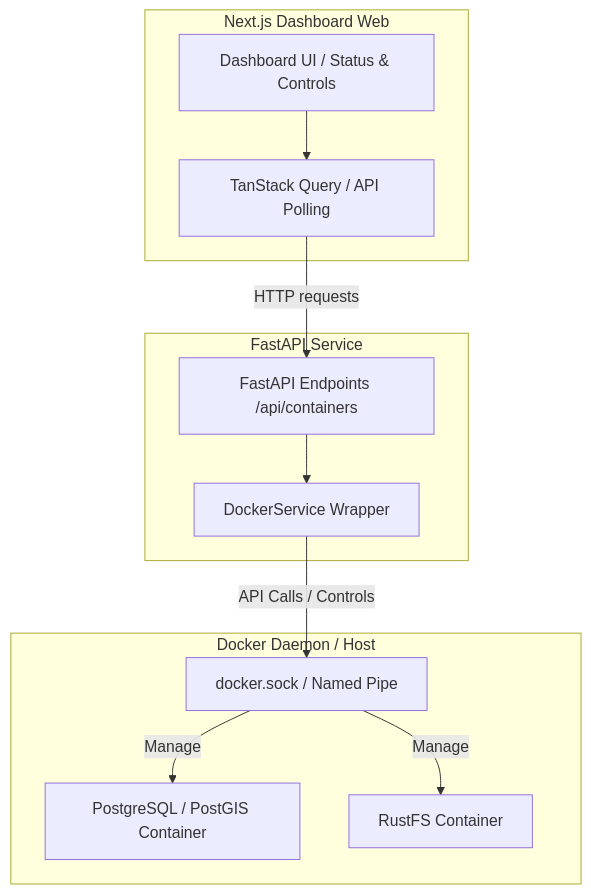
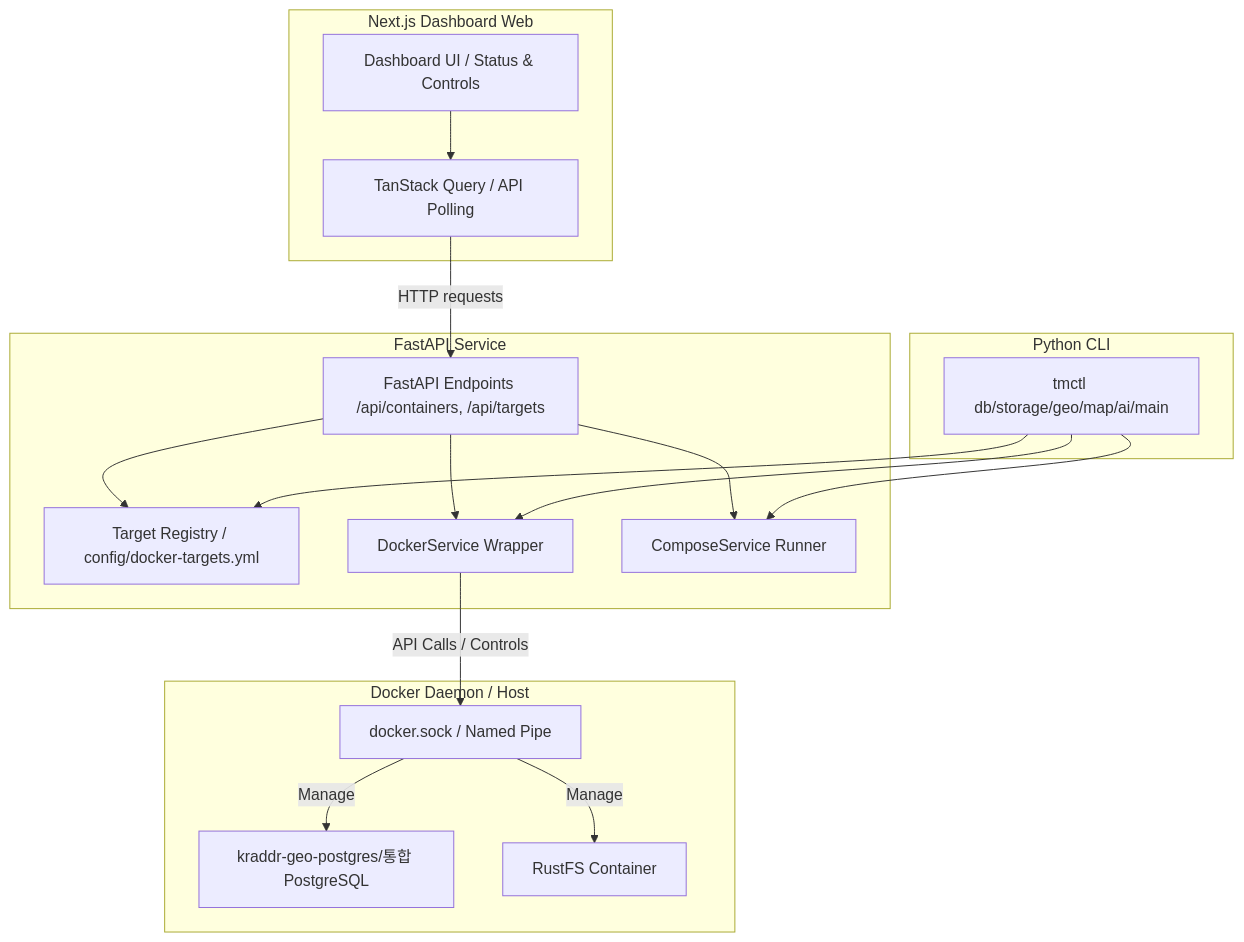
The diagram in docs/architecture.md (digitie/kor-travel-docker-manager), drawn with Mermaid before and after one commit. The commit also changed other lines of this file and 30 other files, not shown here.

First line of the commit message:
Add TripMate Docker manager CLI

````diff
--- a/docs/architecture.md
+++ b/docs/architecture.md
@@ -11,26 +11,37 @@
 ```mermaid
 graph TD
     subgraph Frontend [Next.js Dashboard Web]
         UI[Dashboard UI / Status & Controls]
         TQ[TanStack Query / API Polling]
         UI --> TQ
     end
 
     subgraph Backend [FastAPI Service]
-        API[FastAPI Endpoints /api/containers]
+        API[FastAPI Endpoints /api/containers, /api/targets]
+        REG[Target Registry / config/docker-targets.yml]
         DS[DockerService Wrapper]
+        CS[ComposeService Runner]
+        API --> REG
         API --> DS
+        API --> CS
+    end
+
+    subgraph CLI [Python CLI]
+        CLI_CMD[tmctl db/storage/geo/map/ai/main]
+        CLI_CMD --> REG
+        CLI_CMD --> DS
+        CLI_CMD --> CS
     end
 
     subgraph Infrastructure [Docker Daemon / Host]
         D_Sock[docker.sock / Named Pipe]
-        C_PG[PostgreSQL / PostGIS Container]
+        C_PG[kraddr-geo-postgres/통합 PostgreSQL]
         C_RFS[RustFS Container]
         
         DS -->|API Calls / Controls| D_Sock
         D_Sock -->|Manage| C_PG
         D_Sock -->|Manage| C_RFS
     end
     
     TQ -->|HTTP requests| API
 ```
````
